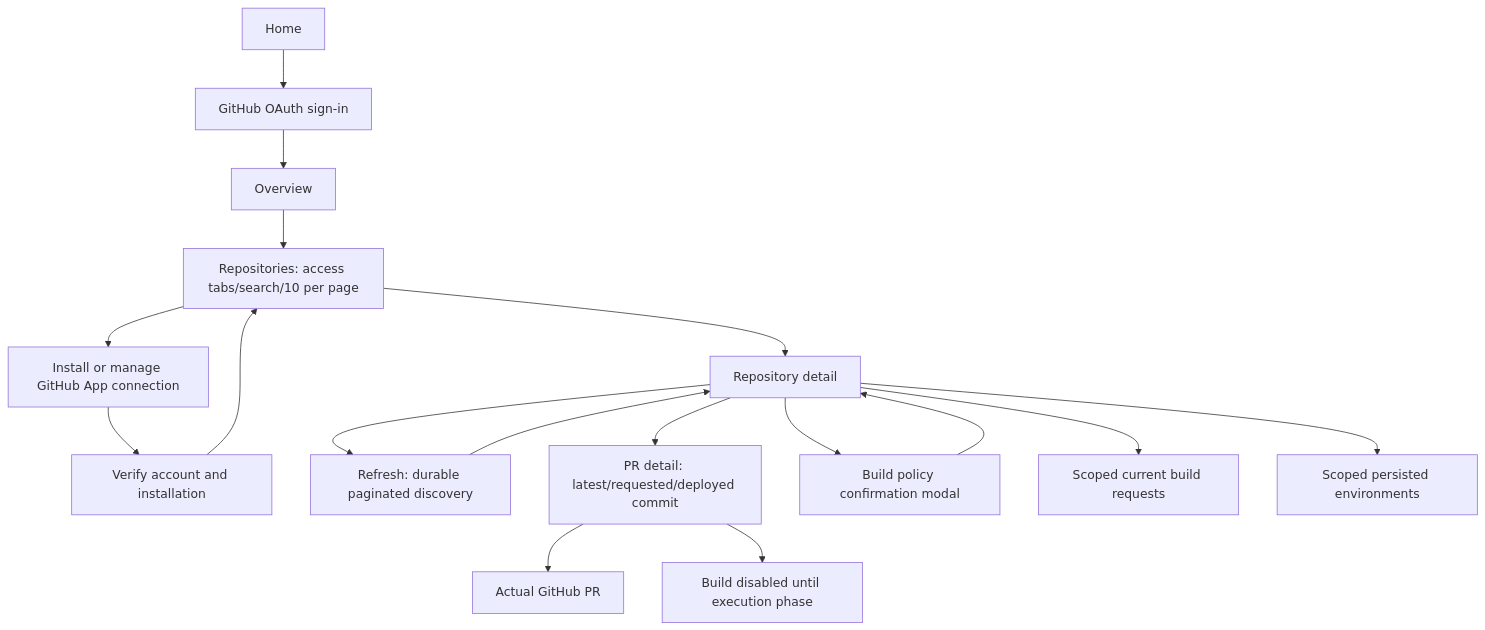
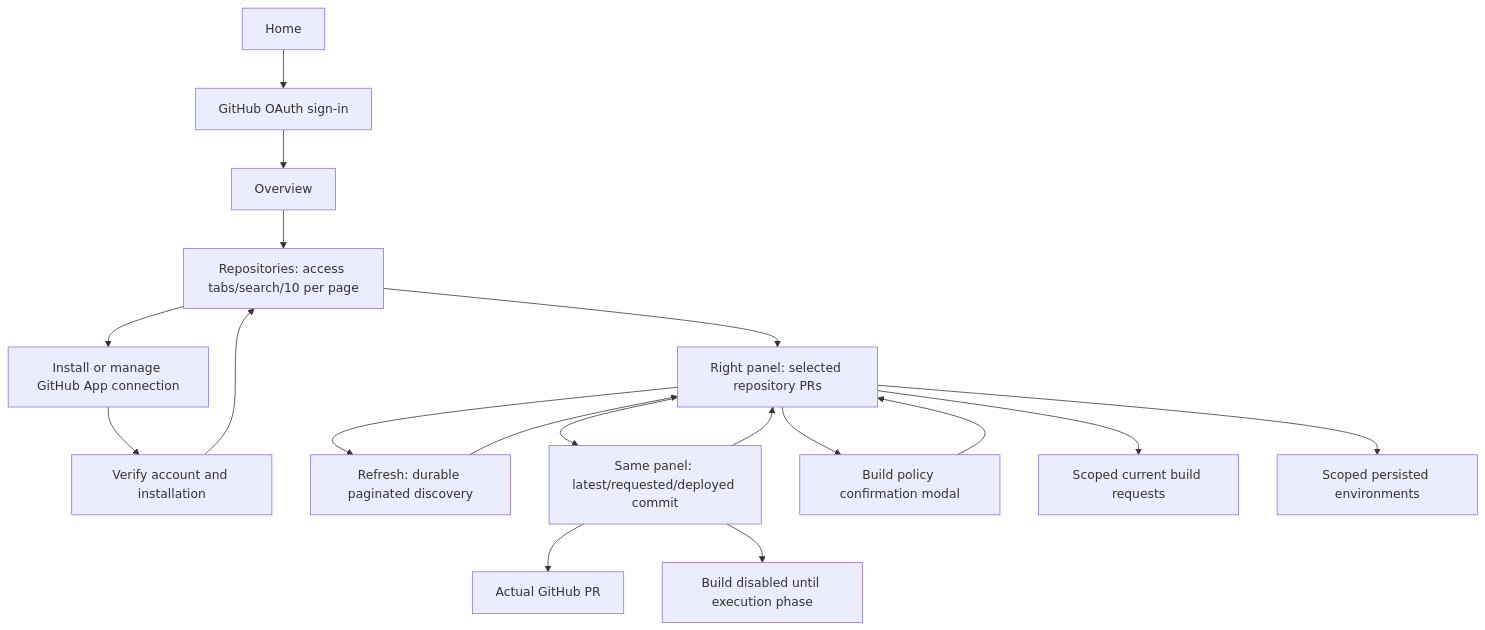
Before and after one commit to ajaykathwate/Previa: the first of 2 diagrams in docs/APP_USER_FLOW.md, drawn with Mermaid. The commit also changed other lines of this file and 22 other files, not shown here.

````diff
--- a/docs/APP_USER_FLOW.md
+++ b/docs/APP_USER_FLOW.md
@@ -119,19 +130,20 @@
 ```mermaid
 flowchart TD
     H[Home] --> L[GitHub OAuth sign-in]
     L --> O[Overview]
     O --> R[Repositories: access tabs/search/10 per page]
     R --> I[Install or manage GitHub App connection]
     I --> V[Verify account and installation]
     V --> R
-    R --> D[Repository detail]
+    R --> D[Right panel: selected repository PRs]
     D --> S[Refresh: durable paginated discovery]
     S --> D
-    D --> P[PR detail: latest/requested/deployed commit]
+    D --> P[Same panel: latest/requested/deployed commit]
+    P --> D
     D --> M[Build policy confirmation modal]
     M --> D
     D --> B[Scoped current build requests]
     D --> E[Scoped persisted environments]
     P --> G[Actual GitHub PR]
     P --> X[Build disabled until execution phase]
 ```
````
